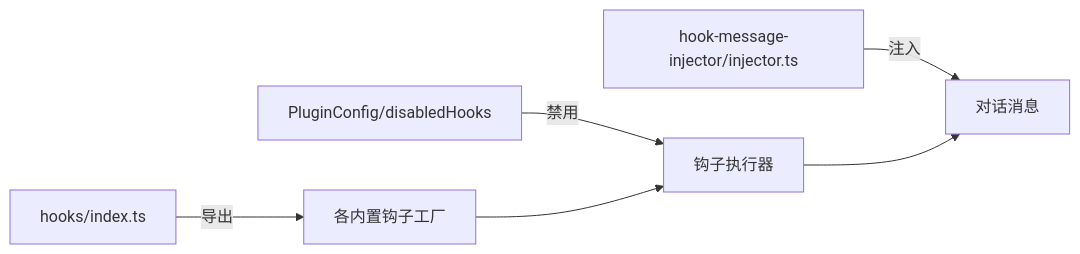
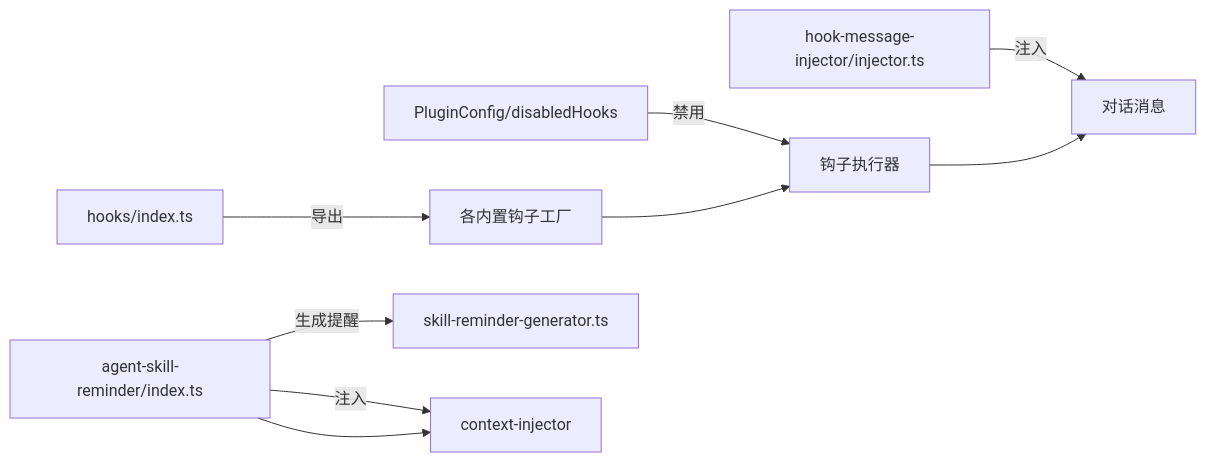
One commit to code-yeongyu/oh-my-openagent changed the eighth of 9 diagrams in .qoder/repowiki/zh/content/钩子系统/钩子架构设计.md. Above: the diagram before and after it, drawn with Mermaid. The commit also changed other lines of this file and 61 other files, not shown here.

First line of the commit message:
feat(mdsel): integrate mdsel as built-in skill with reminder hook

````diff
--- a/.qoder/repowiki/zh/content/钩子系统/钩子架构设计.md
+++ b/.qoder/repowiki/zh/content/钩子系统/钩子架构设计.md
@@ -254,8 +375,11 @@
 ```mermaid
 graph LR
 IDX["hooks/index.ts"] --> |导出| HOOKS["各内置钩子工厂"]
 CFG["PluginConfig/disabledHooks"] --> |禁用| EXEC["钩子执行器"]
 MSG["hook-message-injector/injector.ts"] --> |注入| CHAT["对话消息"]
+ASR["agent-skill-reminder/index.ts"] --> |生成提醒| SRG["skill-reminder-generator.ts"]
+ASR --> |注入| CTXCOL["context-injector"]
 HOOKS --> EXEC
 EXEC --> CHAT
+ASR --> CTXCOL
 ```
````
